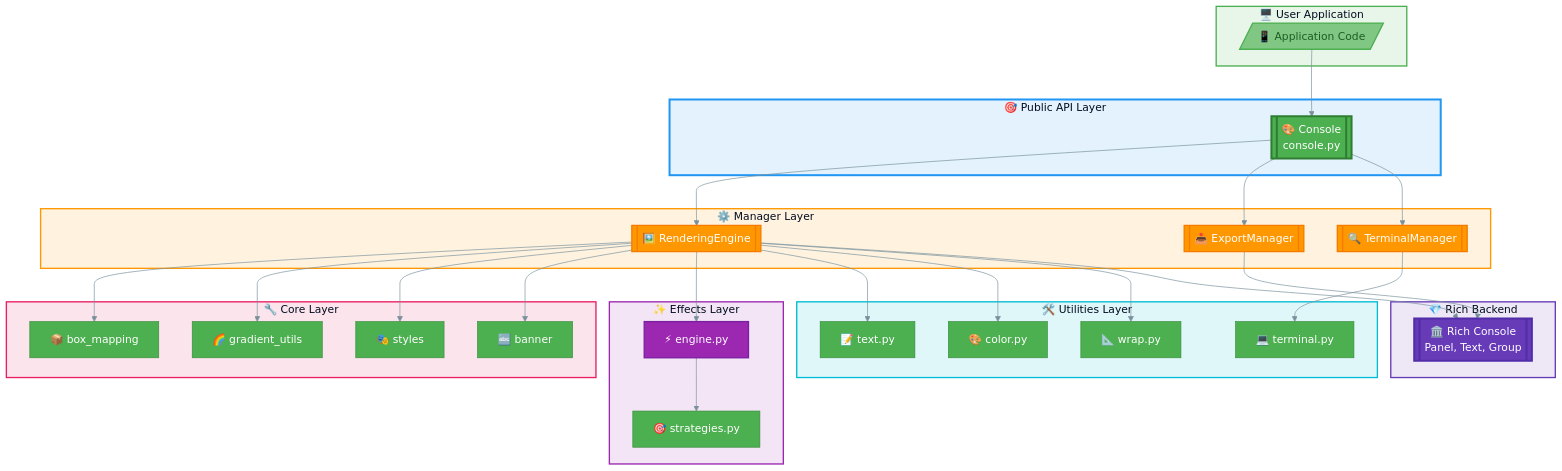
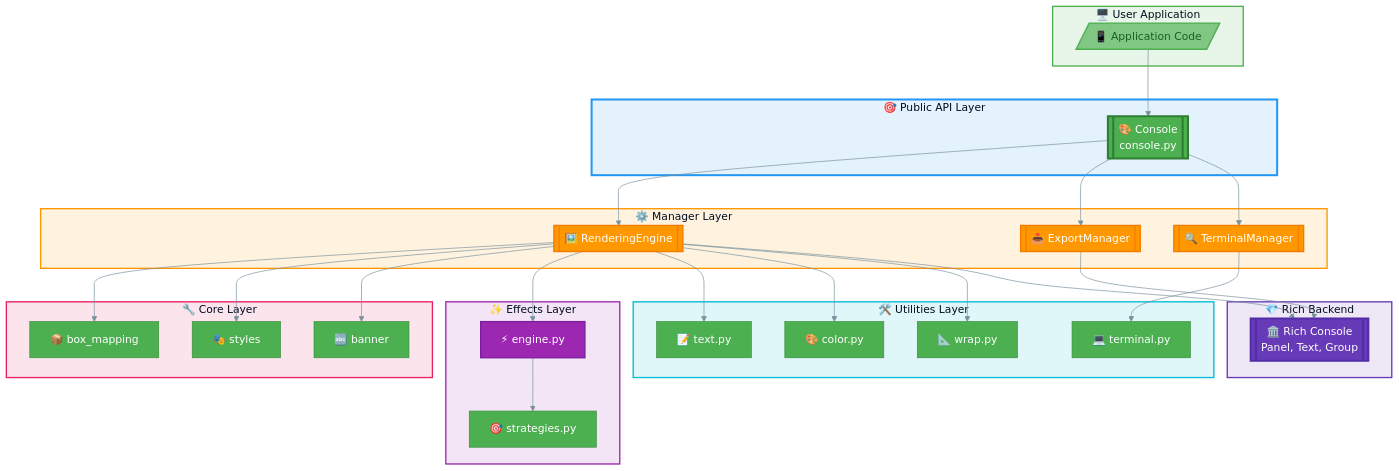
One commit to ksokolowski/StyledConsole changed the first of 11 diagrams in docs/DEVELOPER_GUIDE.md. Above: the diagram before and after it, drawn with Mermaid. The commit also changed other lines of this file and 4 other files, not shown here.

````diff
--- a/docs/DEVELOPER_GUIDE.md
+++ b/docs/DEVELOPER_GUIDE.md
@@ -26,73 +26,71 @@
 ```mermaid
 %%{init: {'theme': 'base', 'themeVariables': { 'primaryColor': '#4CAF50', 'primaryTextColor': '#fff', 'primaryBorderColor': '#388E3C', 'lineColor': '#78909C', 'secondaryColor': '#E3F2FD', 'tertiaryColor': '#FFF3E0'}}}%%
 flowchart TB
     subgraph User["🖥️ User Application"]
         APP[/"📱 Application Code"/]
     end
 
     subgraph Facade["🎯 Public API Layer"]
         CONSOLE[["🎨 Console<br/>console.py"]]
     end
 
     subgraph Managers["⚙️ Manager Layer"]
         RE[["🖼️ RenderingEngine"]]
         EM[["📤 ExportManager"]]
         TM[["🔍 TerminalManager"]]
     end
 
     subgraph Core["🔧 Core Layer"]
         BM[📦 box_mapping]
-        GU[🌈 gradient_utils]
         ST[🎭 styles]
         BN[🔤 banner]
     end
 
     subgraph Effects["✨ Effects Layer"]
         ENG[⚡ engine.py]
         STR[🎯 strategies.py]
     end
 
     subgraph Utils["🛠️ Utilities Layer"]
         TXT[📝 text.py]
         CLR[🎨 color.py]
         WRP[📐 wrap.py]
         TRM[💻 terminal.py]
     end
 
     subgraph Backend["💎 Rich Backend"]
         RICH[["🏛️ Rich Console<br/>Panel, Text, Group"]]
     end
 
     APP --> CONSOLE
     CONSOLE --> RE
     CONSOLE --> EM
     CONSOLE --> TM
     RE --> BM
-    RE --> GU
     RE --> ST
     RE --> BN
     RE --> ENG
     ENG --> STR
     RE --> TXT
     RE --> CLR
     RE --> WRP
     TM --> TRM
     RE --> RICH
     EM --> RICH
 
     style User fill:#E8F5E9,stroke:#4CAF50,stroke-width:2px
     style Facade fill:#E3F2FD,stroke:#2196F3,stroke-width:3px
     style Managers fill:#FFF3E0,stroke:#FF9800,stroke-width:2px
     style Core fill:#FCE4EC,stroke:#E91E63,stroke-width:2px
     style Effects fill:#F3E5F5,stroke:#9C27B0,stroke-width:2px
     style Utils fill:#E0F7FA,stroke:#00BCD4,stroke-width:2px
     style Backend fill:#EDE7F6,stroke:#673AB7,stroke-width:2px
 
     style CONSOLE fill:#4CAF50,color:#fff,stroke:#2E7D32,stroke-width:3px
     style RE fill:#FF9800,color:#fff,stroke:#F57C00,stroke-width:2px
     style EM fill:#FF9800,color:#fff,stroke:#F57C00,stroke-width:2px
     style TM fill:#FF9800,color:#fff,stroke:#F57C00,stroke-width:2px
     style RICH fill:#673AB7,color:#fff,stroke:#512DA8,stroke-width:3px
     style ENG fill:#9C27B0,color:#fff,stroke:#7B1FA2,stroke-width:2px
     style APP fill:#81C784,color:#1B5E20,stroke:#4CAF50,stroke-width:2px
 ```
````
